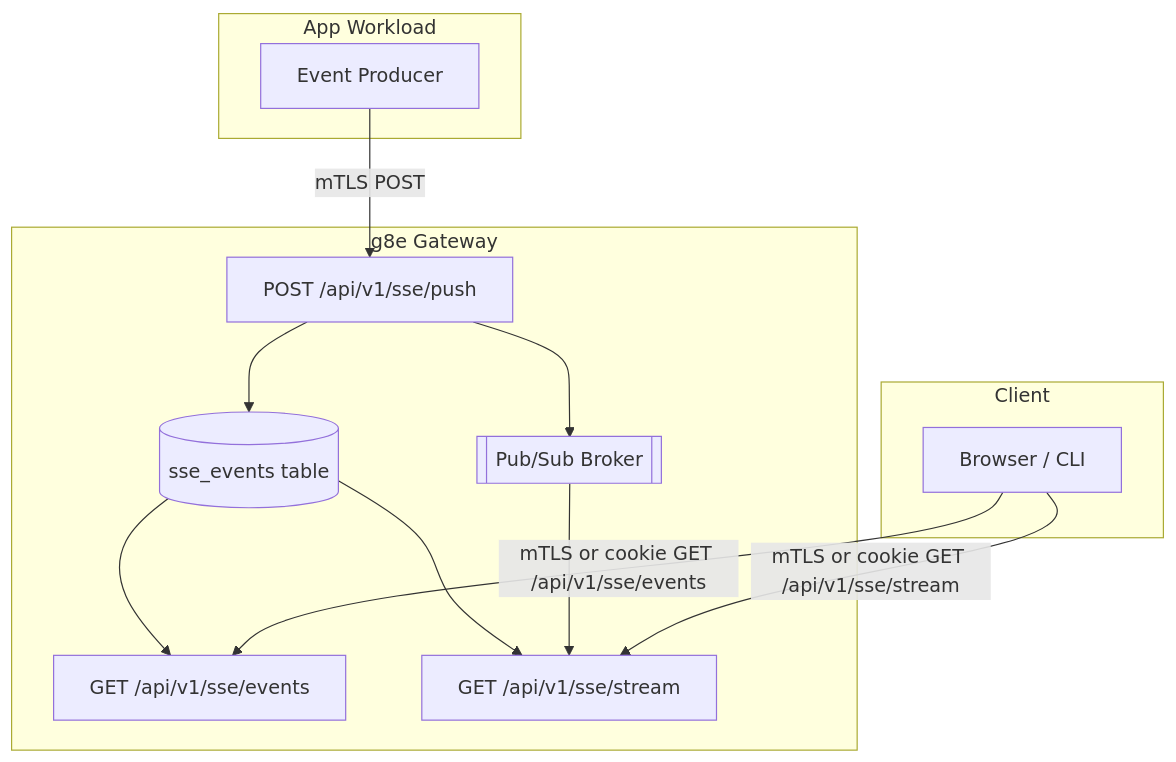
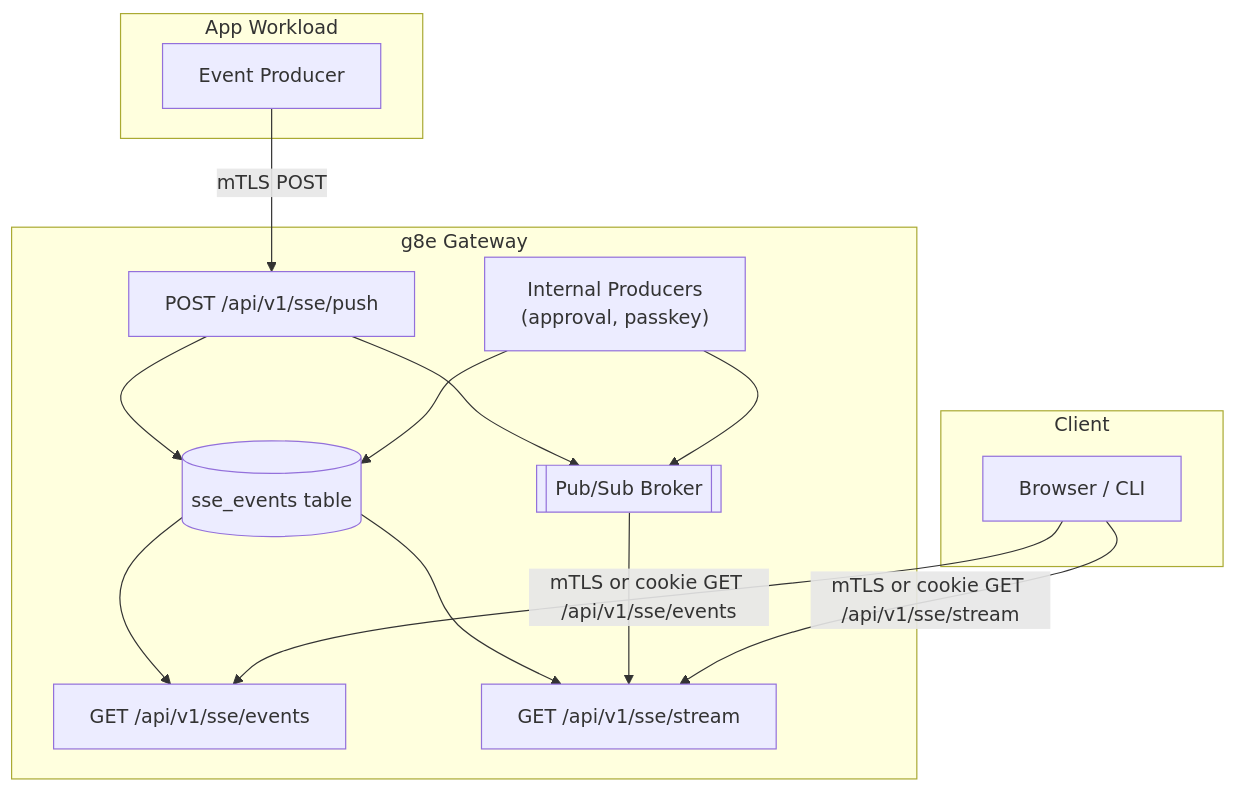
Before and after one commit to g8e-ai/g8e: the diagram in docs/architecture/sse.md, drawn with Mermaid. The commit also changed other lines of this file and 95 other files, not shown here.

````diff
--- a/docs/architecture/sse.md
+++ b/docs/architecture/sse.md
@@ -31,27 +31,30 @@
 ```mermaid
 flowchart TD
     subgraph App ["App Workload"]
         producer["Event Producer"]
     end
 
     subgraph Gateway ["g8e Gateway"]
         push["POST /api/v1/sse/push"]
+        internal["Internal Producers\n(approval, passkey)"]
         db[("sse_events table")]
         events["GET /api/v1/sse/events"]
         stream["GET /api/v1/sse/stream"]
         pubsub[["Pub/Sub Broker"]]
     end
 
     subgraph Client ["Client"]
         browser["Browser / CLI"]
     end
 
     producer -- "mTLS POST" --> push
     push --> db
     push --> pubsub
+    internal --> db
+    internal --> pubsub
     db --> events
     db --> stream
     pubsub --> stream
     browser -- "mTLS or cookie GET /api/v1/sse/stream" --> stream
     browser -- "mTLS or cookie GET /api/v1/sse/events" --> events
 ```
````
